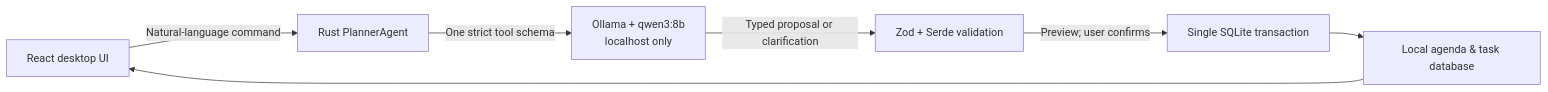
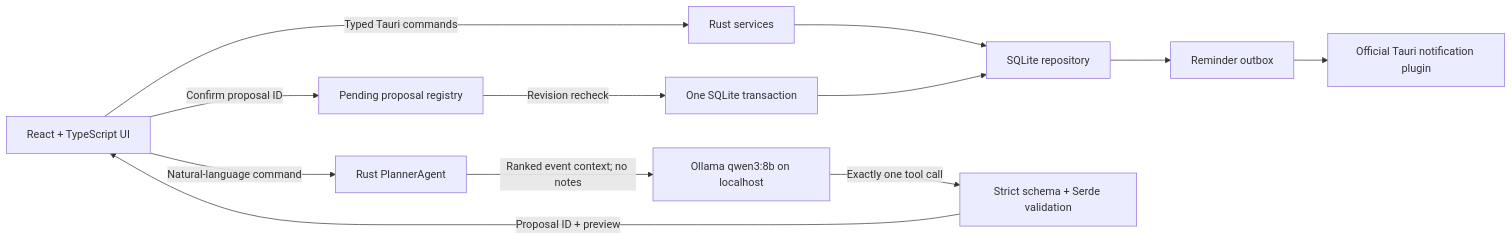
The diagram in README.md (Von-Van/DayPlan), drawn with Mermaid before and after one commit. The commit also changed other lines of this file and 31 other files, not shown here.

````diff
--- a/README.md
+++ b/README.md
@@ -11,9 +13,14 @@
 ```mermaid
 flowchart LR
-  U["React desktop UI"] -->|"Natural-language command"| A["Rust PlannerAgent"]
-  A -->|"One strict tool schema"| O["Ollama + qwen3:8b\nlocalhost only"]
-  O -->|"Typed proposal or clarification"| V["Zod + Serde validation"]
-  V -->|"Preview; user confirms"| T["Single SQLite transaction"]
-  T --> D["Local agenda & task database"]
-  D --> U
+  U["React + TypeScript UI"] -->|"Typed Tauri commands"| R["Rust services"]
+  R --> D["SQLite repository"]
+  U -->|"Natural-language command"| A["Rust PlannerAgent"]
+  A -->|"Ranked event context; no notes"| O["Ollama qwen3:8b on localhost"]
+  O -->|"Exactly one tool call"| V["Strict schema + Serde validation"]
+  V -->|"Proposal ID + preview"| U
+  U -->|"Confirm proposal ID"| P["Pending proposal registry"]
+  P -->|"Revision recheck"| T["One SQLite transaction"]
+  T --> D
+  D --> X["Reminder outbox"]
+  X --> N["Official Tauri notification plugin"]
 ```
````
